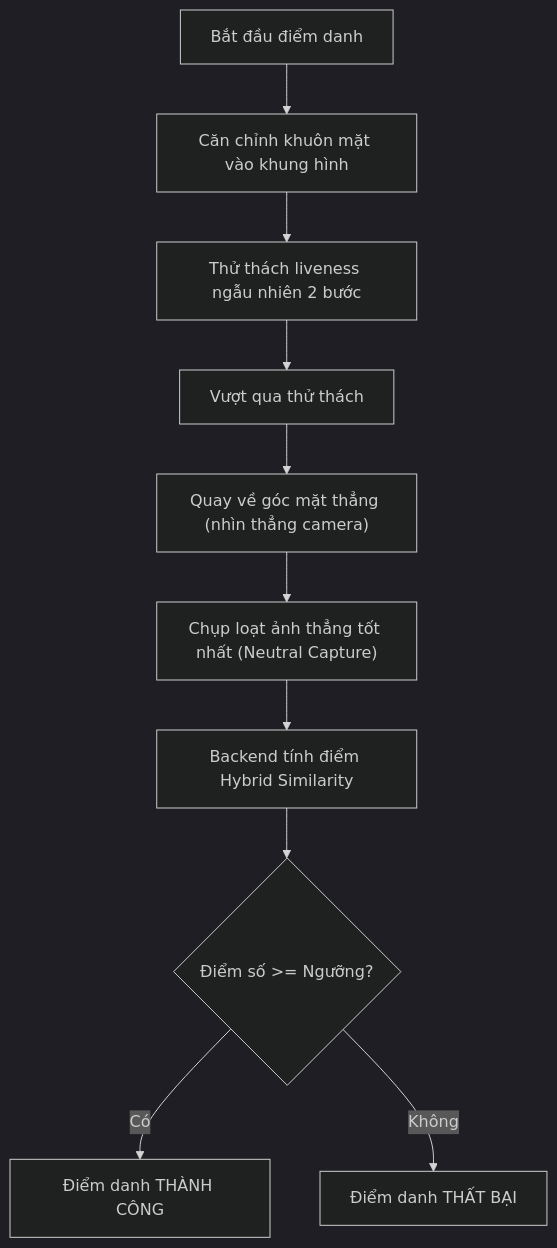
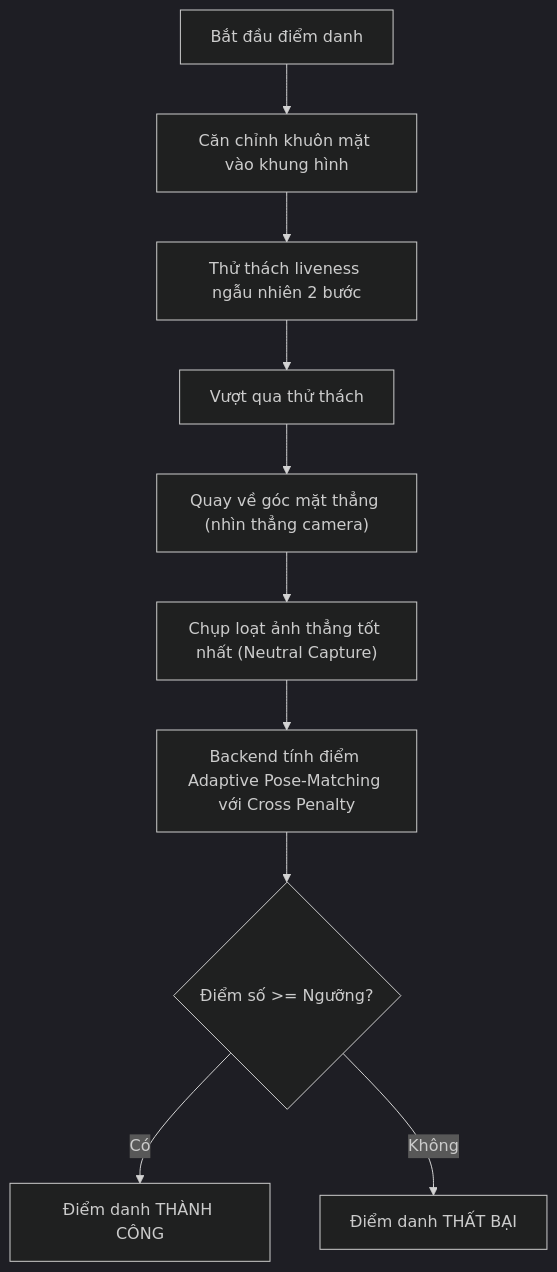
One commit to DuongDucMinh/ATTENDANCE-VERIFICATION-SYSTEM changed the second of 2 diagrams in README.md. Above: the diagram before and after it, drawn with Mermaid (dark theme). The commit also changed other lines of this file and 1 other file, not shown here.

Commit message:
docs: update README and REPORT_VI technical documentation to align with adaptive pose similarity and time-shifting timeout freeze

````diff
--- a/README.md
+++ b/README.md
@@ -57,12 +57,12 @@
 ```mermaid
 flowchart TD
     A["Bắt đầu điểm danh"] --> B["Căn chỉnh khuôn mặt vào khung hình"]
     B --> C["Thử thách liveness ngẫu nhiên 2 bước"]
     C --> D["Vượt qua thử thách"]
     D --> E["Quay về góc mặt thẳng (nhìn thẳng camera)"]
     E --> F["Chụp loạt ảnh thẳng tốt nhất (Neutral Capture)"]
-    F --> G["Backend tính điểm Hybrid Similarity"]
+    F --> G["Backend tính điểm Adaptive Pose-Matching với Cross Penalty"]
     G --> H{"Điểm số >= Ngưỡng?"}
     H -- "Có" --> I["Điểm danh THÀNH CÔNG"]
     H -- "Không" --> J["Điểm danh THẤT BẠI"]
 ```
````
